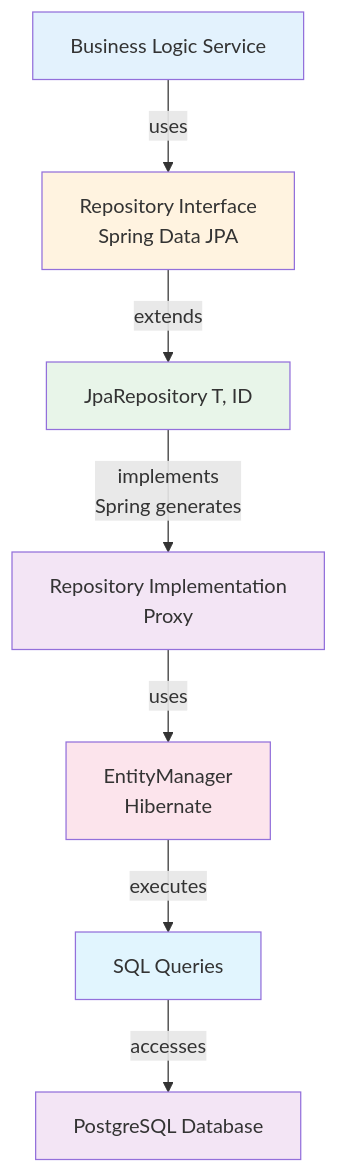
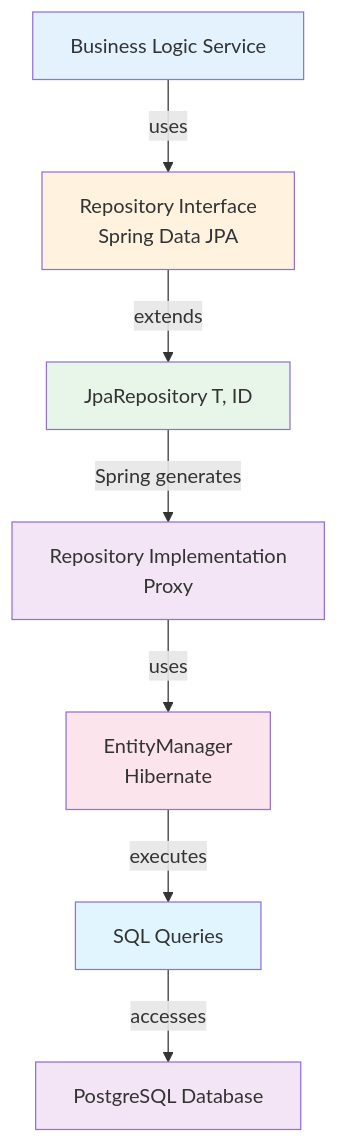
One commit to Keglev/stockease changed the diagram in docs/architecture/patterns/repository-pattern.md. Above: the diagram before and after it, drawn with Mermaid. The commit also changed 2 other files, not shown here.

Commit message:
fix: Remove emojis, fix flowchart to graph, remove <br/> from arrows, fix parentheses in labels

````diff
--- a/docs/architecture/patterns/repository-pattern.md
+++ b/docs/architecture/patterns/repository-pattern.md
@@ -11,17 +11,17 @@
 ```mermaid
 graph TD
     A[Business Logic Service] -->|uses| B[Repository Interface<br/>Spring Data JPA]
     B -->|extends| C[JpaRepository T, ID]
-    C -->|implements<br/>Spring generates| D[Repository Implementation<br/>Proxy]
+    C -->|Spring generates| D[Repository Implementation<br/>Proxy]
     D -->|uses| E[EntityManager<br/>Hibernate]
     E -->|executes| F[SQL Queries]
     F -->|accesses| G[PostgreSQL Database]
     
     style A fill:#e3f2fd
     style B fill:#fff3e0
     style C fill:#e8f5e9
     style D fill:#f3e5f5
     style E fill:#fce4ec
     style F fill:#e1f5fe
     style G fill:#f3e5f5
 ```
````
